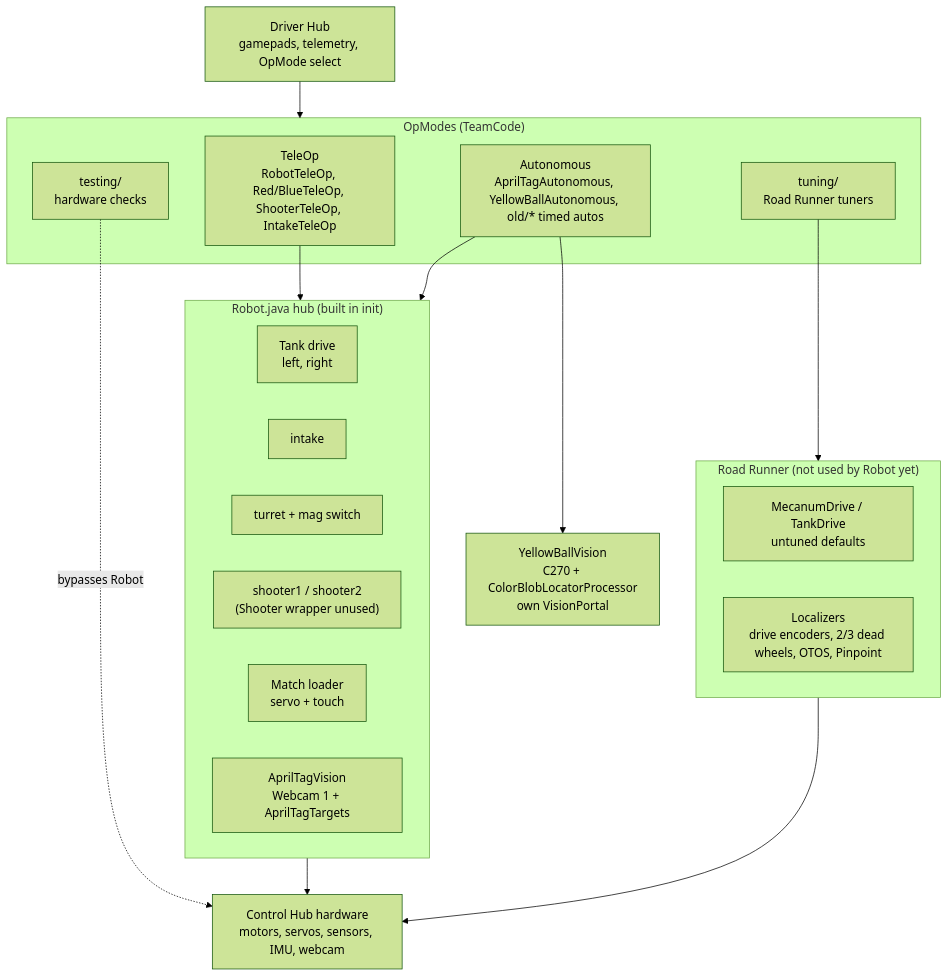
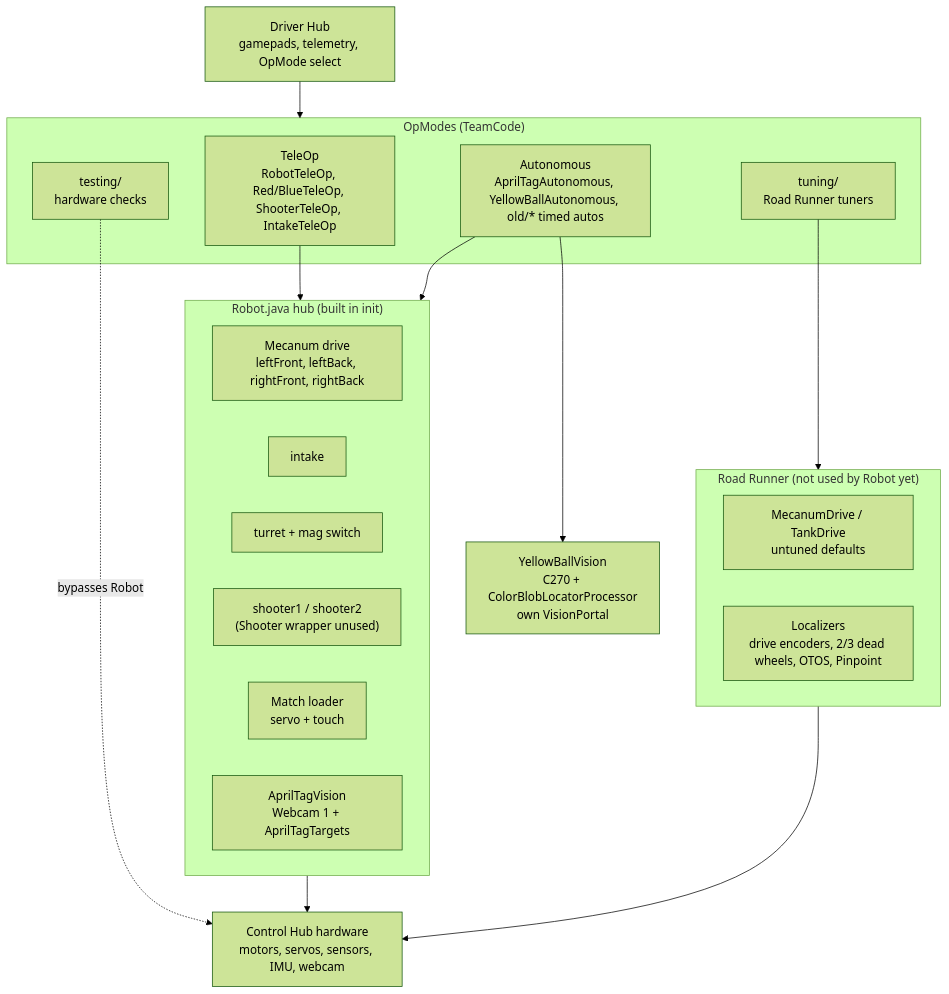
Before and after one commit to Underengineered-Toasters/FTC_-UnderEngineeredToasters27: the first of 6 diagrams in DESIGN.md, drawn with Mermaid (forest theme). The commit also changed other lines of this file and 15 other files, not shown here.

````diff
--- a/DESIGN.md
+++ b/DESIGN.md
@@ -27,34 +27,34 @@
 ```mermaid
 flowchart TD
     DH["Driver Hub<br/>gamepads, telemetry, OpMode select"] --> OM
 
     subgraph OM["OpModes (TeamCode)"]
         TO["TeleOp<br/>RobotTeleOp, Red/BlueTeleOp, ShooterTeleOp, IntakeTeleOp"]
         AU["Autonomous<br/>AprilTagAutonomous, YellowBallAutonomous, old/* timed autos"]
         TS["testing/<br/>hardware checks"]
         TU["tuning/<br/>Road Runner tuners"]
     end
 
     TO --> R
     AU --> R
     AU --> YBV["YellowBallVision<br/>C270 + ColorBlobLocatorProcessor<br/>own VisionPortal"]
     TU --> RR
     TS -. bypasses Robot .-> HW
 
     subgraph R["Robot.java hub (built in init)"]
-        DRV["Tank drive<br/>left, right"]
+        DRV["Mecanum drive<br/>leftFront, leftBack, rightFront, rightBack"]
         INT["intake"]
         TUR["turret + mag switch"]
         SHO["shooter1 / shooter2<br/>(Shooter wrapper unused)"]
         ML["Match loader<br/>servo + touch"]
         VIS["AprilTagVision<br/>Webcam 1 + AprilTagTargets"]
     end
 
     subgraph RR["Road Runner (not used by Robot yet)"]
         MD["MecanumDrive / TankDrive<br/>untuned defaults"]
         LOC["Localizers<br/>drive encoders, 2/3 dead wheels, OTOS, Pinpoint"]
     end
 
     R --> HW["Control Hub hardware<br/>motors, servos, sensors, IMU, webcam"]
     RR --> HW
 ```
````
